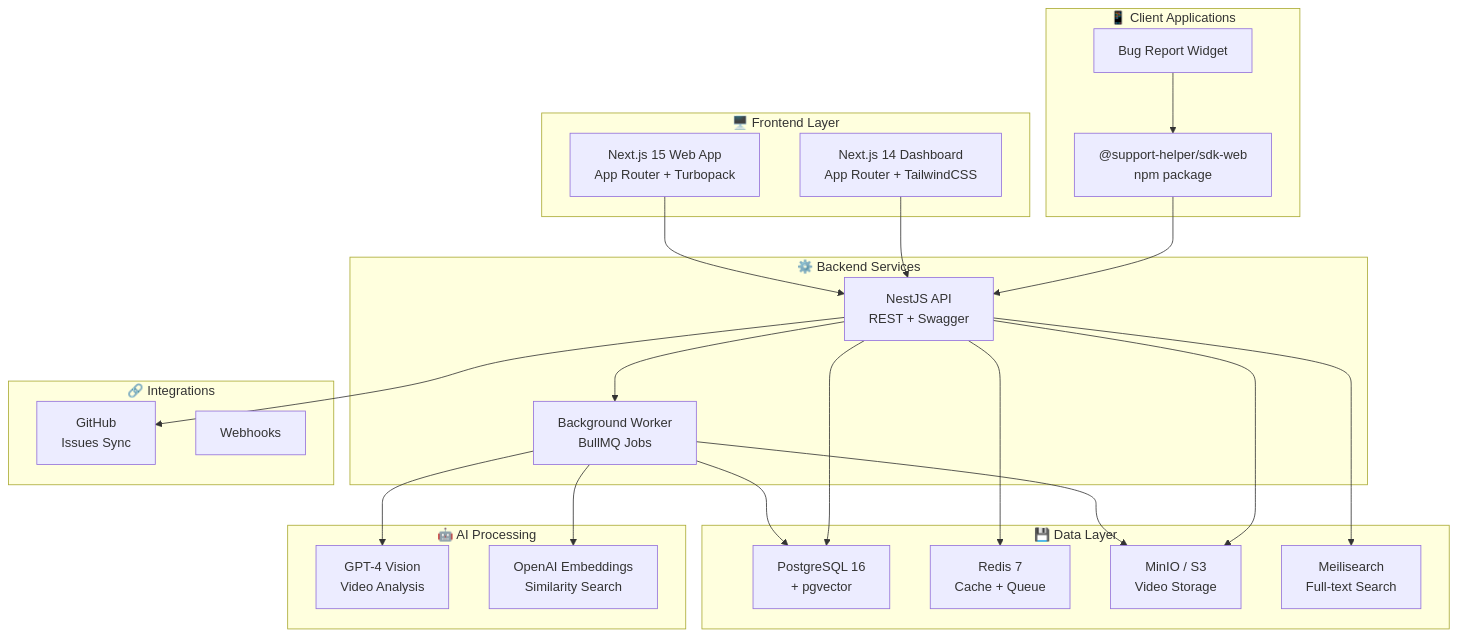
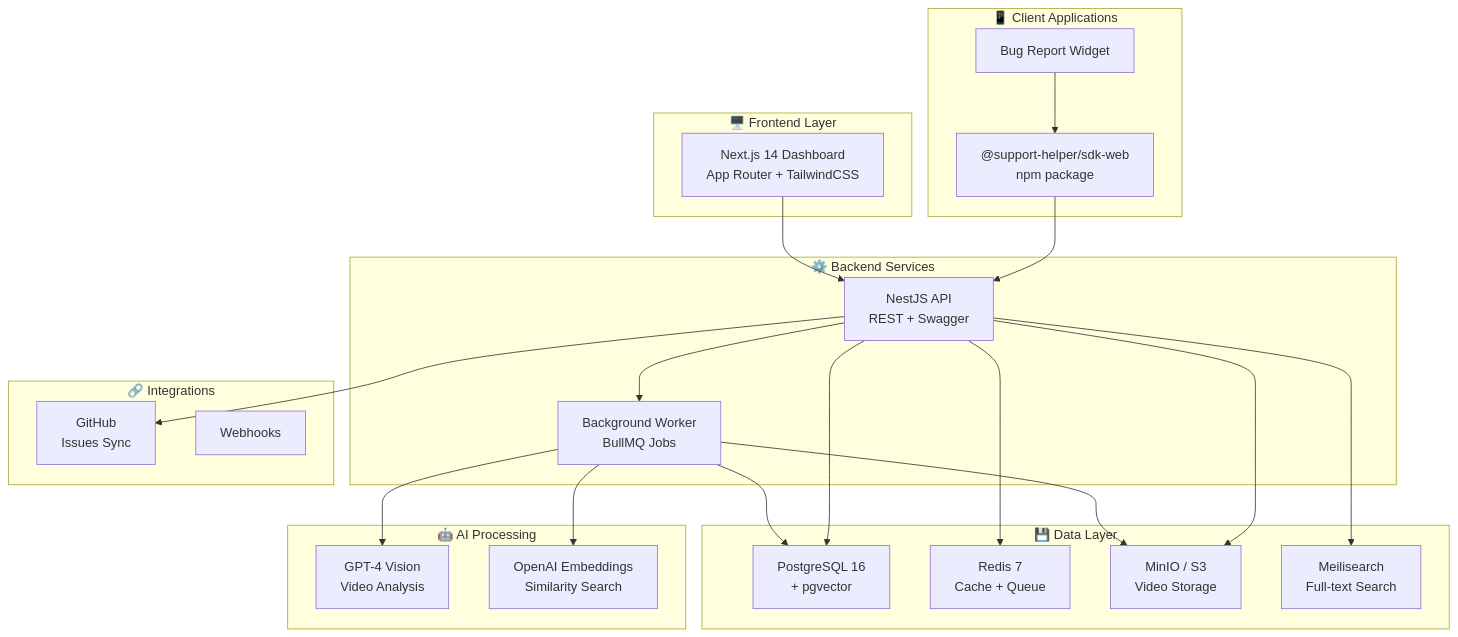
Before and after one commit to KJ-devs/supportHelperv2: the diagram in README.md, drawn with Mermaid. The commit also changed other lines of this file and 191 other files, not shown here.

First line of the commit message:
chore(monorepo): remove apps/web (Next.js 15) from monorepo

````diff
--- a/README.md
+++ b/README.md
@@ -26,49 +26,47 @@
 ```mermaid
 flowchart TB
     subgraph Clients["📱 Client Applications"]
         SDK["@support-helper/sdk-web<br/>npm package"]
         Widget["Bug Report Widget"]
     end
 
     subgraph Frontend["🖥️ Frontend Layer"]
         Dashboard["Next.js 14 Dashboard<br/>App Router + TailwindCSS"]
-        Web["Next.js 15 Web App<br/>App Router + Turbopack"]
     end
 
     subgraph Backend["⚙️ Backend Services"]
         API["NestJS API<br/>REST + Swagger"]
         Worker["Background Worker<br/>BullMQ Jobs"]
     end
 
     subgraph AI["🤖 AI Processing"]
         Vision["GPT-4 Vision<br/>Video Analysis"]
         Embeddings["OpenAI Embeddings<br/>Similarity Search"]
     end
 
     subgraph Data["💾 Data Layer"]
         PG["PostgreSQL 16<br/>+ pgvector"]
         Redis["Redis 7<br/>Cache + Queue"]
         S3["MinIO / S3<br/>Video Storage"]
         Search["Meilisearch<br/>Full-text Search"]
     end
 
     subgraph External["🔗 Integrations"]
         GitHub["GitHub<br/>Issues Sync"]
         Webhooks["Webhooks"]
     end
 
     SDK --> API
     Widget --> SDK
     Dashboard --> API
-    Web --> API
     API --> Worker
     Worker --> Vision
     Worker --> Embeddings
     API --> PG
     API --> Redis
     API --> S3
     API --> Search
     API --> GitHub
     Worker --> PG
     Worker --> S3
 ```
````
